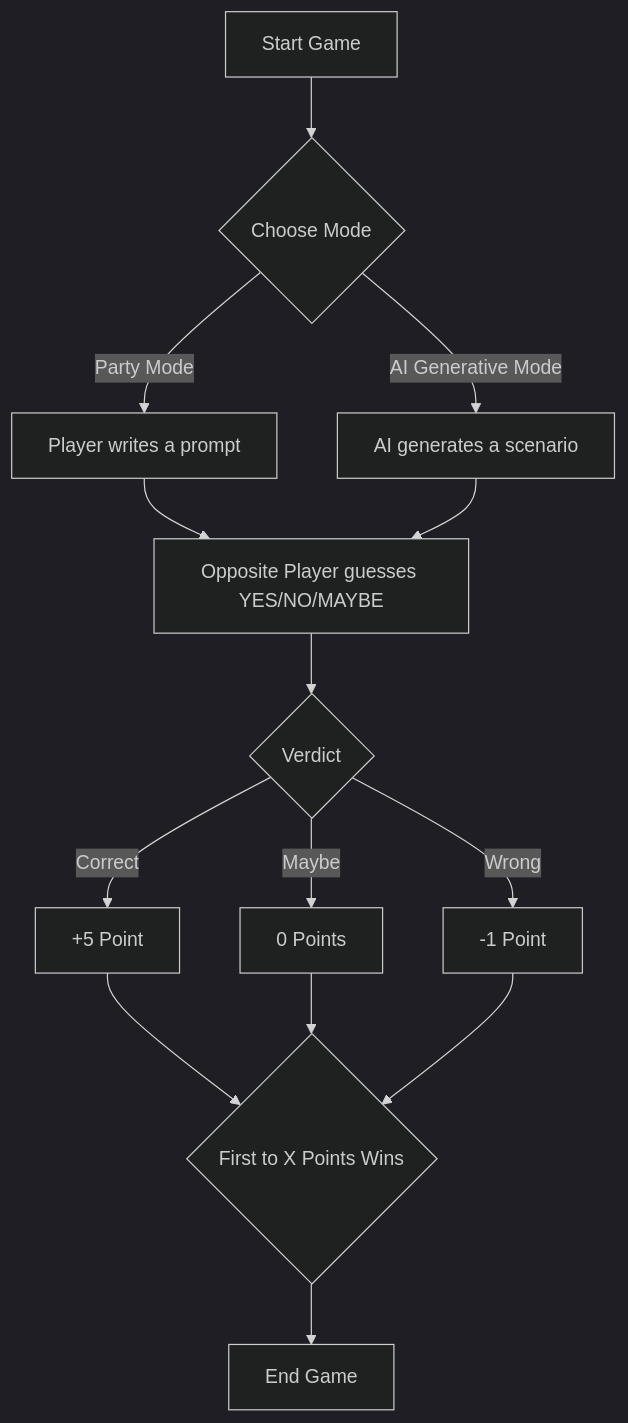
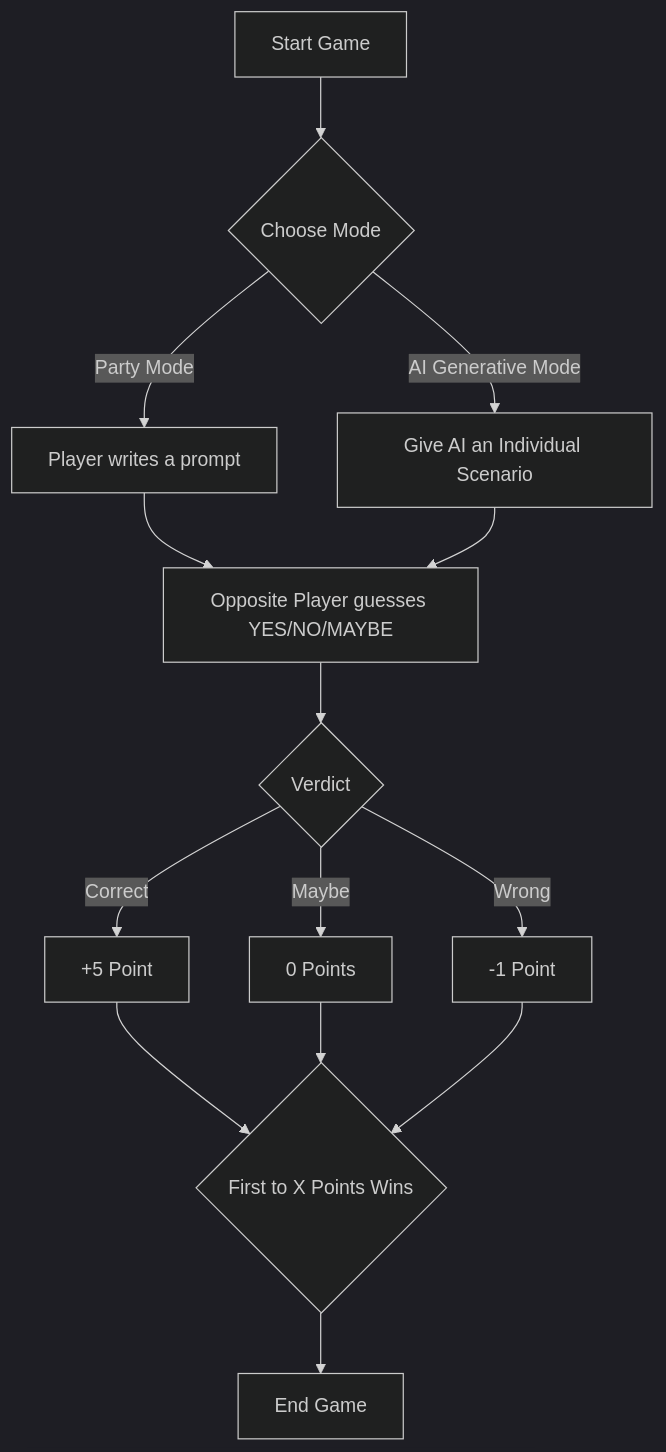
The diagram in README.md (Kuberwastaken/Law-and-Disorder), drawn with Mermaid (dark theme) before and after one commit.

Commit message:
Fixed Mermaid Chart

````diff
--- a/README.md
+++ b/README.md
@@ -81,16 +81,16 @@
 ```mermaid
 flowchart TD
     A[Start Game] --> B{Choose Mode}
     B --> |Party Mode| C[Player writes a prompt]
     C --> D[Opposite Player guesses YES/NO/MAYBE]
     D --> E{Verdict}
     E --> |Correct| F[+5 Point]
     E --> |Maybe| G[0 Points]
     E --> |Wrong| H[-1 Point]
     F --> I{First to X Points Wins}
     G --> I
     H --> I
-    B --> |AI Generative Mode| J[AI generates a scenario]
+    B --> |AI Generative Mode| J[Give AI an Individual Scenario]
     J --> D
     I --> K[End Game]
 ```
````
